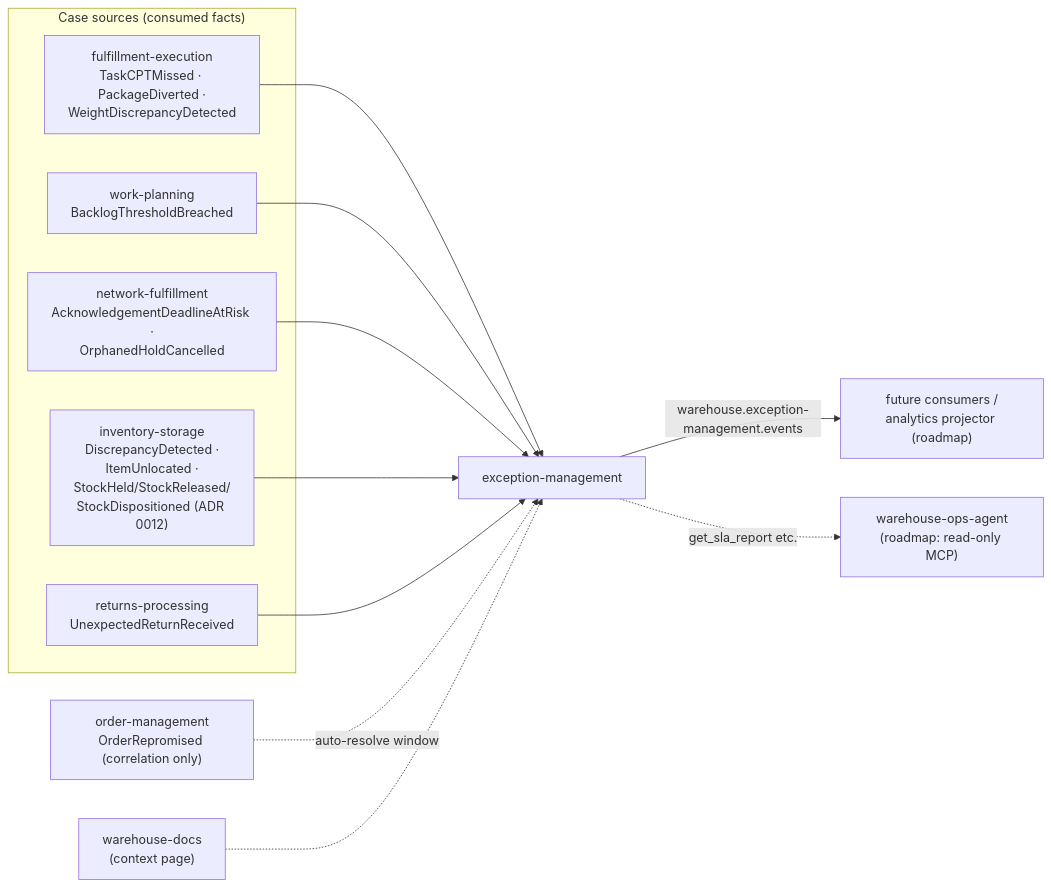
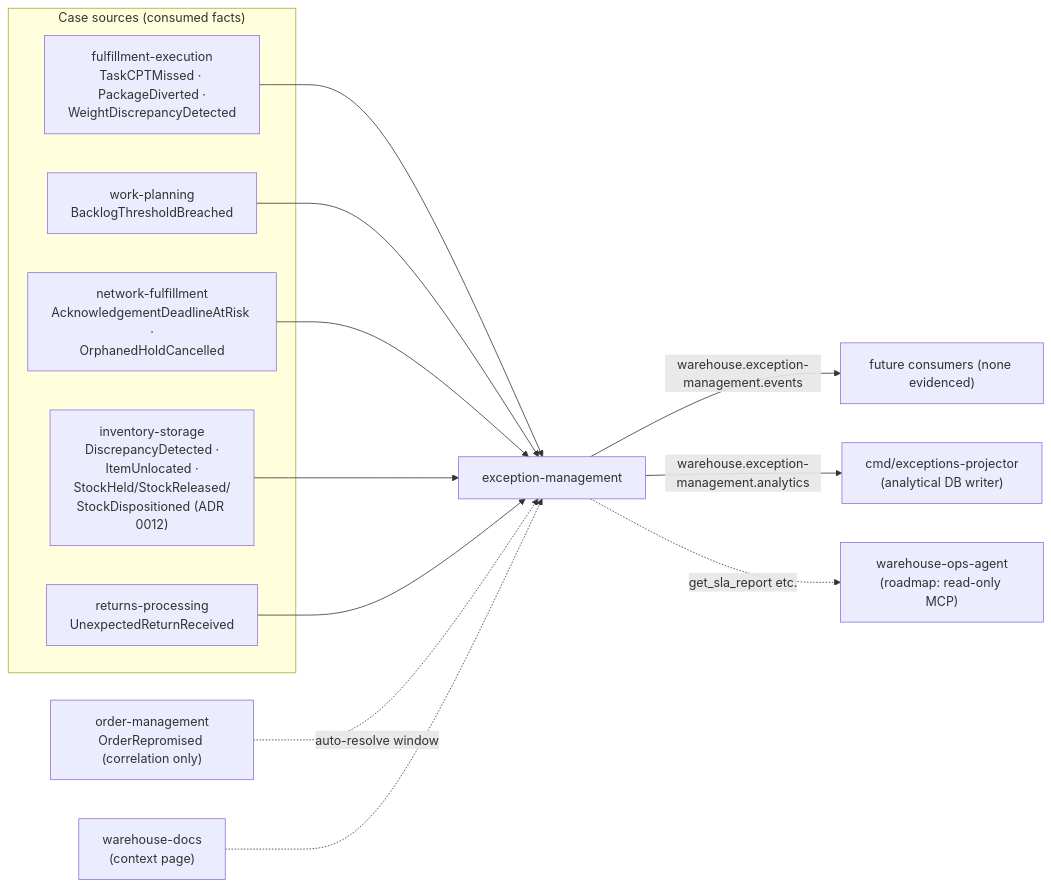
The diagram in docs/docs/ecosystem/integration.md (IQVO/exception-management), drawn with Mermaid before and after one commit. The commit also changed other lines of this file and 6 other files, not shown here.

First line of the commit message:
docs: the analytics projector and reports are built; /metrics serves one hand-written series

````diff
--- a/docs/docs/ecosystem/integration.md
+++ b/docs/docs/ecosystem/integration.md
@@ -14,24 +14,25 @@
 ```mermaid
 flowchart LR
   subgraph sources["Case sources (consumed facts)"]
     FE["fulfillment-execution\nTaskCPTMissed · PackageDiverted ·\nWeightDiscrepancyDetected"]
     WP["work-planning\nBacklogThresholdBreached"]
     NF["network-fulfillment\nAcknowledgementDeadlineAtRisk ·\nOrphanedHoldCancelled"]
     IS["inventory-storage\nDiscrepancyDetected ·\nItemUnlocated ·\nStockHeld/StockReleased/\nStockDispositioned (ADR 0012)"]
     RP["returns-processing\nUnexpectedReturnReceived"]
   end
   OM["order-management\nOrderRepromised (correlation only)"]
   EM["exception-management"]
   OA["warehouse-ops-agent\n(roadmap: read-only MCP)"]
   WD["warehouse-docs\n(context page)"]
 
   FE --> EM
   WP --> EM
   NF --> EM
   IS --> EM
   RP --> EM
   OM -.->|auto-resolve window| EM
-  EM -->|"warehouse.exception-management.events"| CONS["future consumers /\nanalytics projector (roadmap)"]
+  EM -->|"warehouse.exception-management.events"| CONS["future consumers (none evidenced)"]
+  EM -->|"warehouse.exception-management.analytics"| PRJ["cmd/exceptions-projector\n(analytical DB writer)"]
   EM -.->|"get_sla_report etc."| OA
   WD -.-> EM
 ```
````
